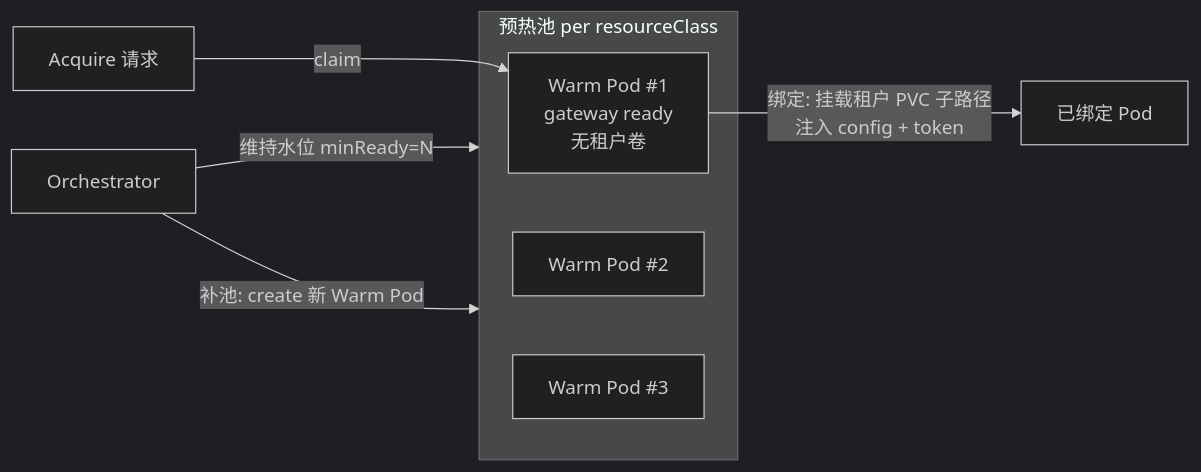
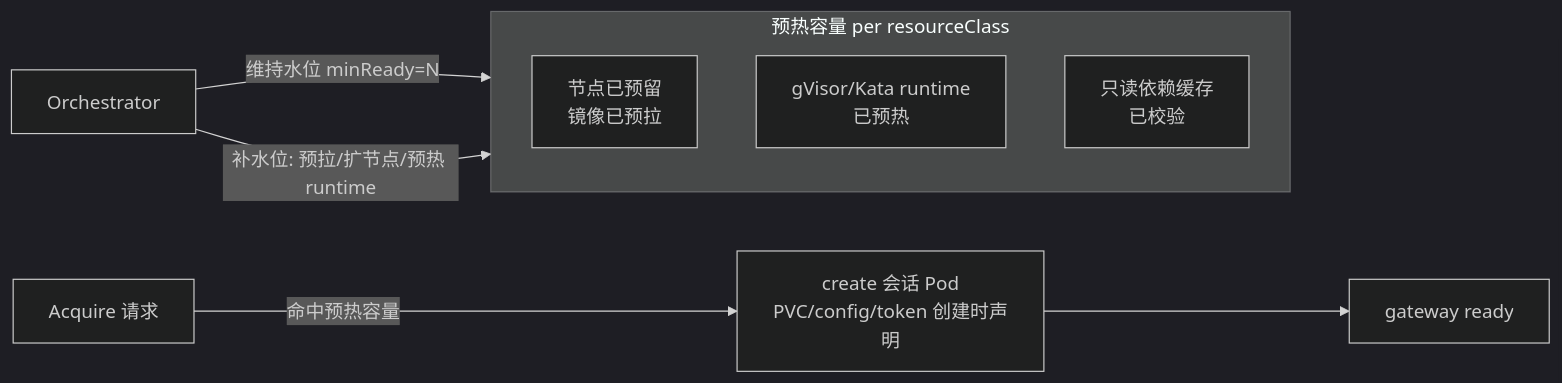
One commit to edward-ng-duke/LobsterAI changed the fifth of 7 diagrams in 改造计划/07-OpenClaw运行时编排与沙箱隔离.md. Above: the diagram before and after it, drawn with Mermaid (dark theme). The commit also changed other lines of this file and 22 other files, not shown here.

````diff
--- a/改造计划/07-OpenClaw运行时编排与沙箱隔离.md
+++ b/改造计划/07-OpenClaw运行时编排与沙箱隔离.md
@@ -432,12 +504,12 @@
 ```mermaid
 flowchart LR
-  subgraph Pool[预热池 per resourceClass]
-    W1[Warm Pod #1<br/>gateway ready<br/>无租户卷]
-    W2[Warm Pod #2]
-    W3[Warm Pod #3]
+  subgraph Pool[预热容量 per resourceClass]
+    N1[节点已预留<br/>镜像已预拉]
+    R1[gVisor/Kata runtime<br/>已预热]
+    C1[只读依赖缓存<br/>已校验]
   end
   ORCH[Orchestrator] -->|维持水位 minReady=N| Pool
-  ACQ[Acquire 请求] -->|claim| W1
-  W1 -->|绑定: 挂载租户 PVC 子路径<br/>注入 config + token| Bound[已绑定 Pod]
-  ORCH -->|补池: create 新 Warm Pod| Pool
+  ACQ[Acquire 请求] -->|命中预热容量| POD[create 会话 Pod<br/>PVC/config/token 创建时声明]
+  POD --> READY[gateway ready]
+  ORCH -->|补水位: 预拉/扩节点/预热 runtime| Pool
 ```
````
